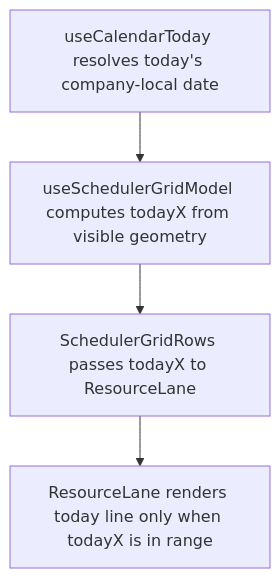
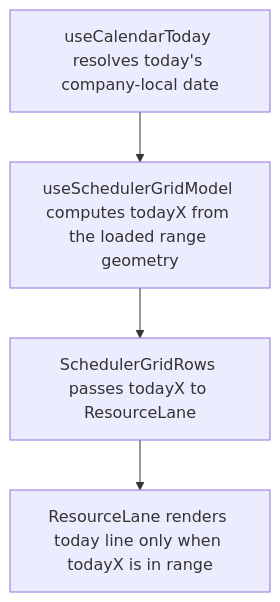
The second of 2 diagrams in user-stories/scheduler/US-SCH-12-today-line.md (Kevinjohn/capacitylens), drawn with Mermaid before and after one commit. The commit also changed other lines of this file and 119 other files, not shown here.

First line of the commit message:
docs: correct story text and flow diagrams against current source

````diff
--- a/user-stories/scheduler/US-SCH-12-today-line.md
+++ b/user-stories/scheduler/US-SCH-12-today-line.md
@@ -36,6 +37,6 @@
 ```mermaid
 flowchart TD
-  A["useCalendarToday resolves today's company-local date"] --> B["useSchedulerGridModel computes todayX from visible geometry"]
+  A["useCalendarToday resolves today's company-local date"] --> B["useSchedulerGridModel computes todayX from the loaded range geometry"]
   B --> C["SchedulerGridRows passes todayX to ResourceLane"]
   C --> D["ResourceLane renders today line only when todayX is in range"]
 ```
````
